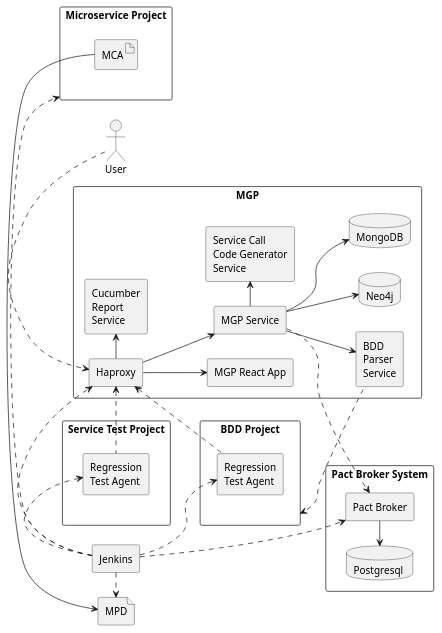
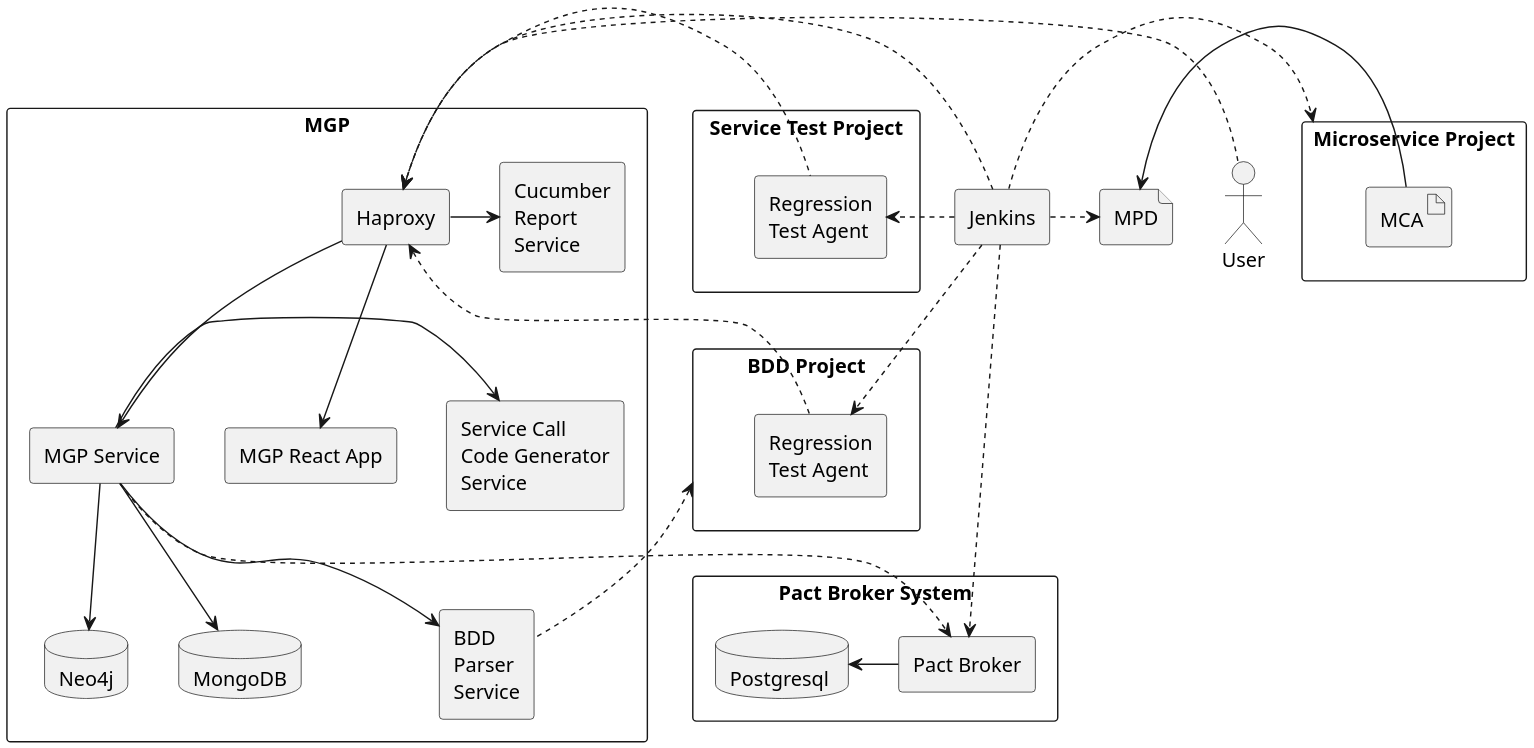
One commit to b4456609/mgp-back changed the diagram in diagram/deployment.puml. Above: the diagram before and after it, drawn with PlantUML. The commit also changed 2 other files, not shown here.

```diff
--- a/diagram/deployment.puml
+++ b/diagram/deployment.puml
@@ -1,54 +1,54 @@
 @startuml
-'scale 2
-left to right direction
+scale 2
+'left to right direction
 Actor User as u
 rectangle Jenkins as j
 
 rectangle "Pact Broker System" {
     rectangle "Pact Broker" as pb
     database "Postgresql " as pg
     pb -l-> pg
 }
 rectangle "Microservice Project" as mp {
     artifact MCA as mca
 }
 rectangle "BDD Project" as bddp {
     rectangle "Regression\nTest Agent" as bta
 }
 rectangle "Service Test Project" as stp {
     rectangle "Regression\nTest Agent" as sta
 }
 file MPD as mpd
 rectangle "MGP"{
     rectangle Haproxy as ha
     rectangle "MGP React App" as ra
     rectangle "Service Call\nCode Generator\nService" as cg
     rectangle "BDD\nParser\nService" as bp
     rectangle "Cucumber\nReport\nService" as cr
     rectangle "MGP Service" as ab
     database "Neo4j" as n
     database "MongoDB" as m
     ha -d-> ra
     ha -> cr
     ha -d-> ab
     ab -d-> n
     ab -d-> m
     ab -> cg
     ab -d-> bp
 }
 j .> pb
 j .> sta
 j .> bta
 ha <. sta
 ha <. bta
 bp .u.> bddp
 u .> ha
 j .> ha
 ab .d.> pb
 j .> mp
 mca -> mpd
 j .> mpd
 
 stp -[hidden]d-> bddp
 'bddp -[hidden]-> pb
 @enduml
```
